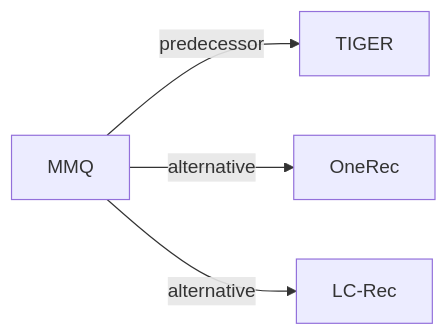
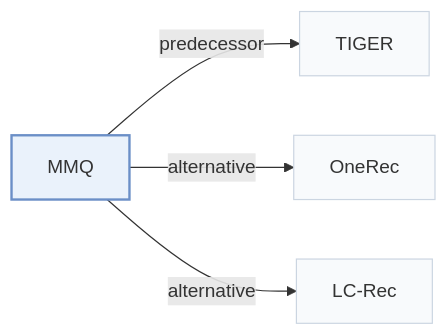
Before and after one commit to Galaxy-ghost/Awesome-SID-Generative-Rec: the second of 2 diagrams in pages/papers/mmq.md, drawn with Mermaid. The commit also changed other lines of this file and 649 other files, not shown here.

Commit message:
writer-05: also tags and modality index (schema, check, build, visuals); summary field removed; calibration data for 12 papers

````diff
--- a/pages/papers/mmq.md
+++ b/pages/papers/mmq.md
@@ -68,7 +73,11 @@
 ```mermaid
 flowchart LR
     P["MMQ"]
-    P -->|predecessor| A["TIGER"]
-    P -->|alternative| B["OneRec"]
-    P -->|alternative| C["LC-Rec"]
+    P -->|"predecessor"| A["TIGER"]
+    P -->|"alternative"| B["OneRec"]
+    P -->|"alternative"| C["LC-Rec"]
+    classDef main fill:#eaf2fb,stroke:#6b8fc7,stroke-width:2px
+    classDef peer fill:#f8fafc,stroke:#cbd5e1
+    class P main
+    class A,B,C peer
 ```
````
